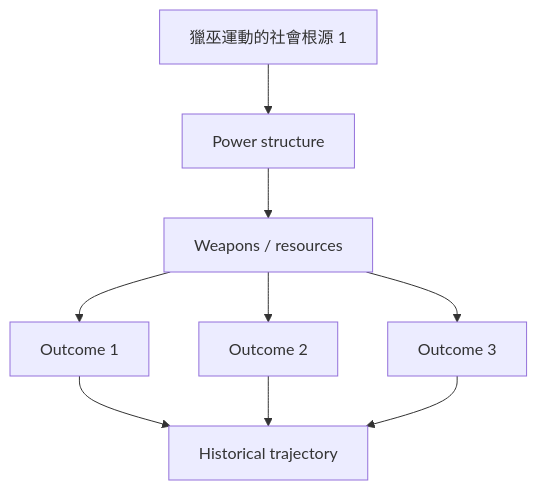
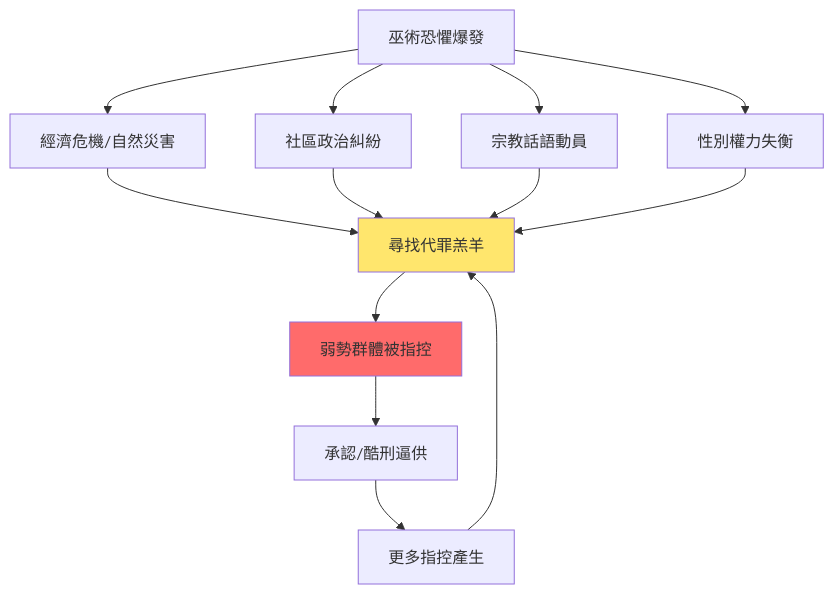
Before and after one commit to yip-lgtm/HKU-Harvard-History-Self-Study: the first of 6 diagrams in 01_HKU_Courses/HIST2213_Witchcraft_magic_and_the_devil.md, drawn with Mermaid. The commit also changed other lines of this file and 2 other files, not shown here.

````diff
--- a/01_HKU_Courses/HIST2213_Witchcraft_magic_and_the_devil.md
+++ b/01_HKU_Courses/HIST2213_Witchcraft_magic_and_the_devil.md
@@ -107,11 +119,17 @@
 ```mermaid
 graph TD
-    A[獵巫運動的社會根源 1] --> B[Power structure]
-    B --> C[Weapons / resources]
-    C --> D[Outcome 1]
-    C --> E[Outcome 2]
-    C --> F[Outcome 3]
-    D --> G[Historical trajectory]
-    E --> G
-    F --> G
+    A["巫術恐懼爆發"] --> B["經濟危機/自然災害"]
+    A --> C["社區政治糾紛"]
+    A --> D["宗教話語動員"]
+    A --> E["性別權力失衡"]
+    B --> F["尋找代罪羔羊"]
+    C --> F
+    D --> F
+    E --> F
+    F --> G["弱勢群體被指控"]
+    G --> H["承認/酷刑逼供"]
+    H --> I["更多指控產生"]
+    I --> F
+    style G fill:#FF6B6B
+    style F fill:#FFE66D
 ```
````
